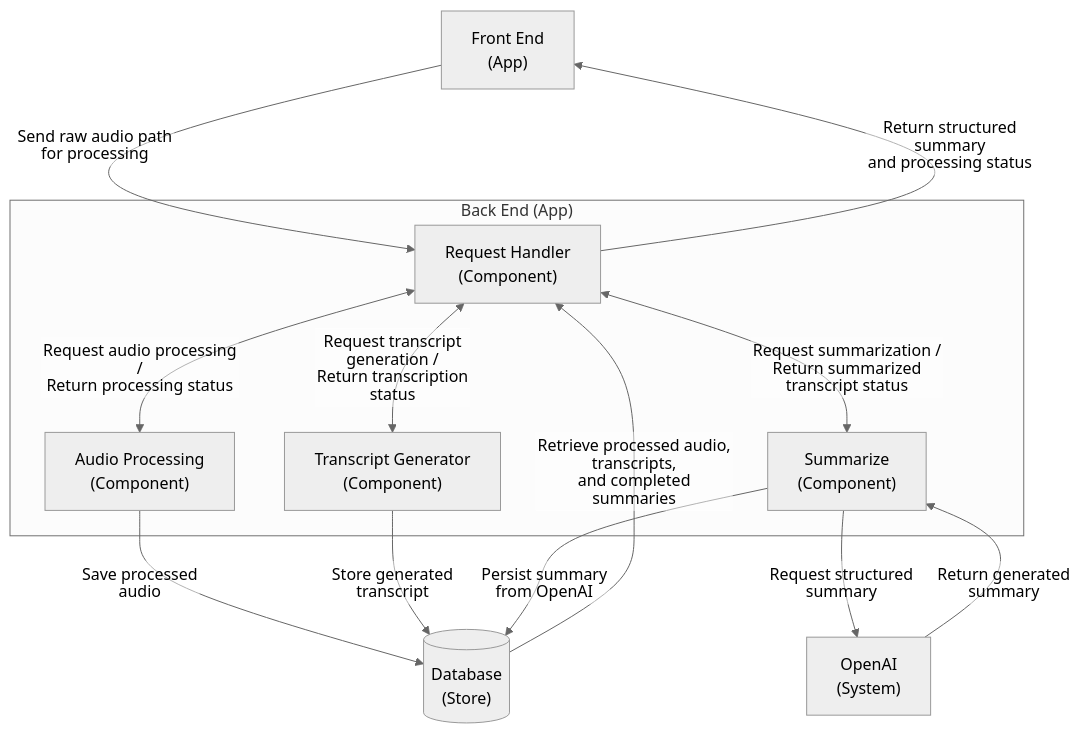
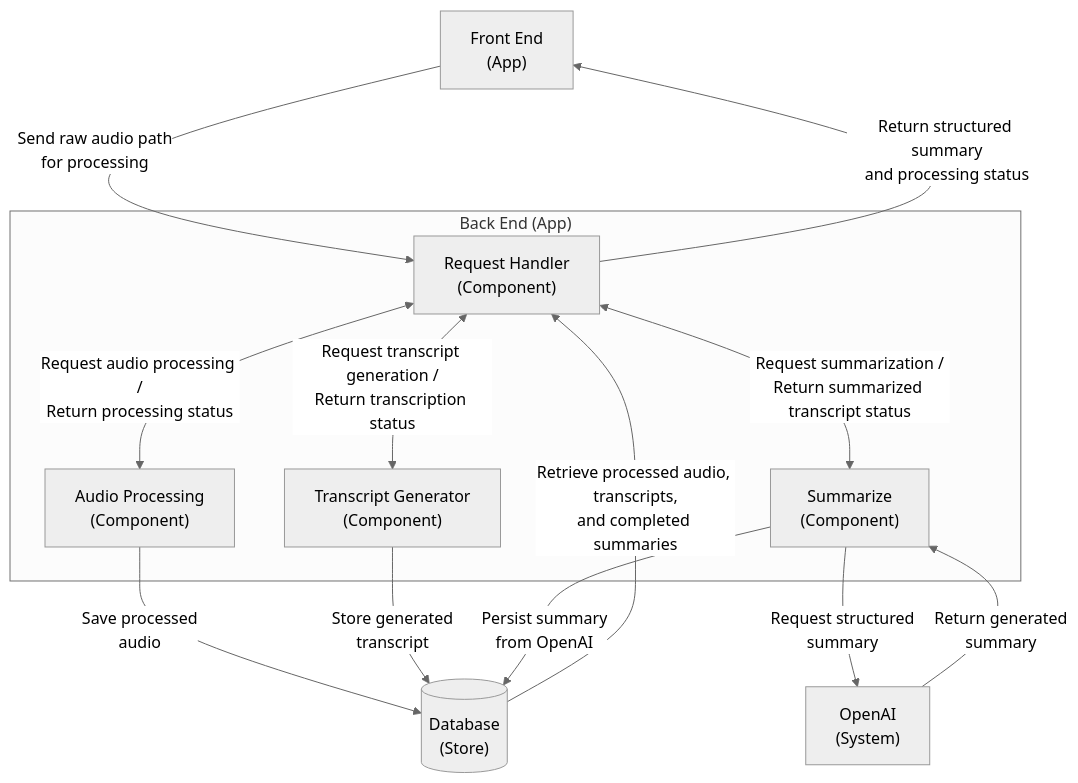
One commit to nick-yoderia/Recap changed the third of 8 diagrams in docs/arc42-template-EN.md. Above: the diagram before and after it, drawn with Mermaid (neutral theme). The commit also changed other lines of this file, not shown here.

Commit message:
fix(docs): convert all mermaid diagrams to TB

````diff
--- a/docs/arc42-template-EN.md
+++ b/docs/arc42-template-EN.md
@@ -193,25 +191,24 @@
 ```mermaid
-%%{init: {"flowchart": {"htmlLabels": false}}}%%
 flowchart TB
     fe["Front End<br>(App)"]
     subgraph backend["Back End (App)"]
         rh["Request Handler<br>(Component)"]
         audio["Audio Processing<br>(Component)"]
         transcript["Transcript Generator<br>(Component)"]
         summarize["Summarize<br>(Component)"]
     end
     db[("Database<br>(Store)")]
     openai["OpenAI<br>(System)"]
 
     fe -- "Send raw audio path<br>for processing" --> rh
     rh -- "Return structured summary<br>and processing status" --> fe
     rh <-- "Request audio processing /<br>Return processing status" --> audio
     rh <-- "Request transcript generation /<br>Return transcription status" --> transcript
     rh <-- "Request summarization /<br>Return summarized transcript status" --> summarize
     audio -- "Save processed<br>audio" --> db
     transcript -- "Store generated<br>transcript" --> db
     summarize -- "Persist summary<br>from OpenAI" --> db
     db -- "Retrieve processed audio, transcripts,<br>and completed summaries" --> rh
     summarize -- "Request structured<br>summary" --> openai
     openai -- "Return generated<br>summary" --> summarize
 ```
````
